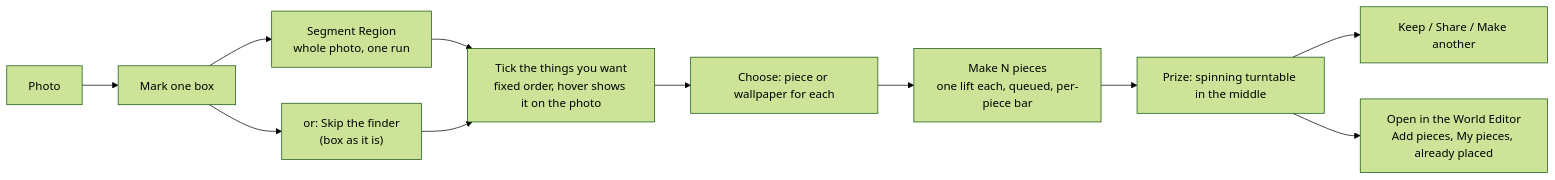
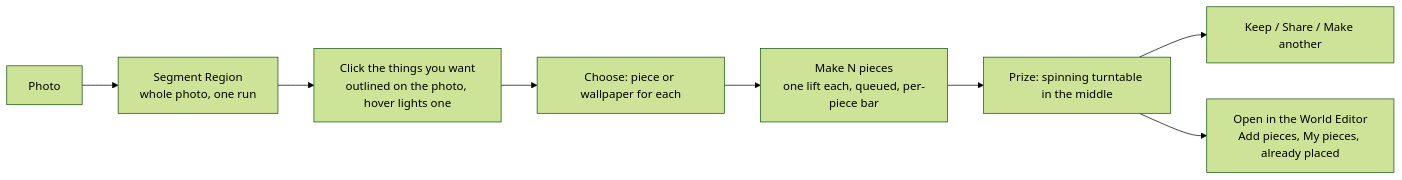
One commit to gitgithan/conquercourse changed the second of 4 diagrams in docs/community-flow-guide.md. Above: the diagram before and after it, drawn with Mermaid (forest theme). The commit also changed other lines of this file and 74 other files, not shown here.

````diff
--- a/docs/community-flow-guide.md
+++ b/docs/community-flow-guide.md
@@ -62,13 +69,10 @@
 ```mermaid
 flowchart LR
-  A["Photo"] --> B["Mark one box"]
-  B --> C["Segment Region<br/>whole photo, one run"]
-  B --> C2["or: Skip the finder<br/>(box as it is)"]
-  C --> D["Tick the things you want<br/>fixed order, hover shows it on the photo"]
-  C2 --> D
+  A["Photo"] --> C["Segment Region<br/>whole photo, one run"]
+  C --> D["Click the things you want<br/>outlined on the photo, hover lights one"]
   D --> E["Choose: piece or wallpaper for each"]
   E --> F["Make N pieces<br/>one lift each, queued, per-piece bar"]
   F --> G["Prize: spinning turntable in the middle"]
   G --> H["Keep / Share / Make another"]
   G --> I["Open in the World Editor<br/>Add pieces, My pieces, already placed"]
 ```
````
